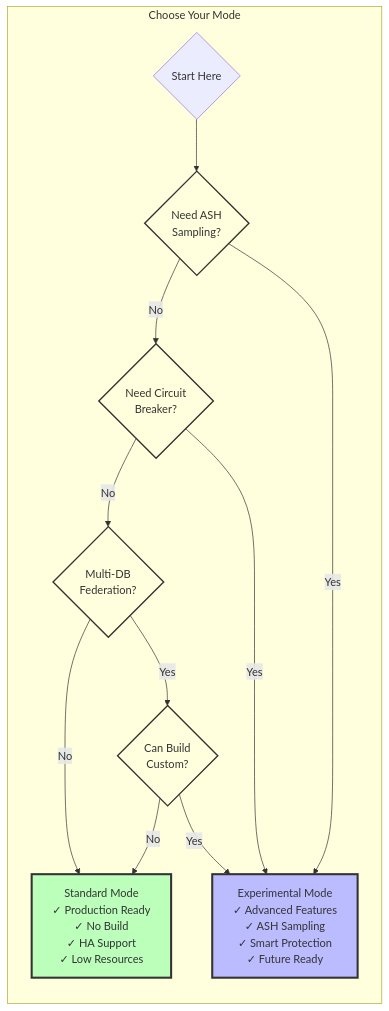
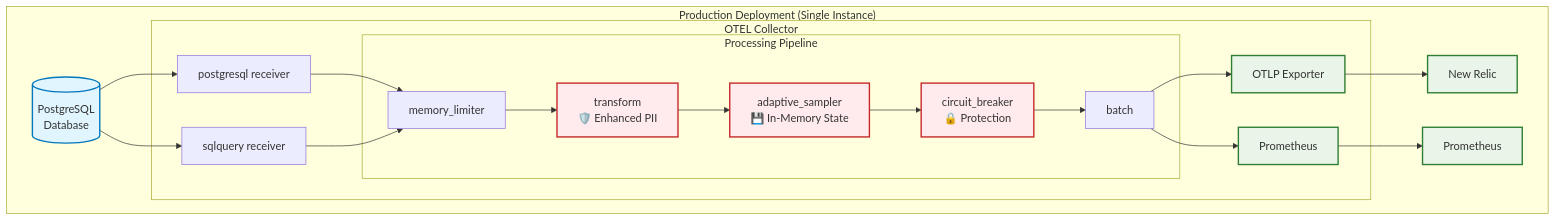
The diagram in database-intelligence-mvp/docs/ARCHITECTURE.md (deepaucksharma/psql-next), drawn with Mermaid before and after one commit. The commit also changed other lines of this file and 31 other files, not shown here.

````diff
--- a/database-intelligence-mvp/docs/ARCHITECTURE.md
+++ b/database-intelligence-mvp/docs/ARCHITECTURE.md
@@ -9,33 +17,47 @@
 ```mermaid
-
-graph LR
-    subgraph "Choose Your Mode"
-        Start{Start Here}
-        Q1{Need ASH<br/>Sampling?}
-        Q2{Need Circuit<br/>Breaker?}
-        Q3{Multi-DB<br/>Federation?}
-        Q4{Can Build<br/>Custom?}
+graph TB
+    subgraph "Production Deployment (Single Instance)"
+        DB[(PostgreSQL<br/>Database)]
         
-        Standard[Standard Mode<br/>✓ Production Ready<br/>✓ No Build<br/>✓ HA Support<br/>✓ Low Resources]
-        Experimental[Experimental Mode<br/>✓ Advanced Features<br/>✓ ASH Sampling<br/>✓ Smart Protection<br/>✓ Future Ready]
+        subgraph "OTEL Collector"
+            R1[postgresql receiver]
+            R2[sqlquery receiver]
+            
+            subgraph "Processing Pipeline"
+                P1[memory_limiter]
+                P2[transform<br/>🛡️ Enhanced PII]
+                P3[adaptive_sampler<br/>💾 In-Memory State]
+                P4[circuit_breaker<br/>🔒 Protection]
+                P5[batch]
+            end
+            
+            E1[OTLP Exporter]
+            E2[Prometheus]
+        end
         
-        Start --> Q1
-        Q1 -->|No| Q2
-        Q1 -->|Yes| Experimental
-        Q2 -->|No| Q3
-        Q2 -->|Yes| Experimental
-        Q3 -->|No| Standard
-        Q3 -->|Yes| Q4
-        Q4 -->|No| Standard
-        Q4 -->|Yes| Experimental
+        NR[New Relic]
+        PROM[Prometheus]
+        
+        DB --> R1
+        DB --> R2
+        R1 --> P1
+        R2 --> P1
+        P1 --> P2
+        P2 --> P3
+        P3 --> P4
+        P4 --> P5
+        P5 --> E1
+        P5 --> E2
+        E1 --> NR
+        E2 --> PROM
     end
     
-    classDef decision fill:#ffd,stroke:#333,stroke-width:2px
-    classDef standard fill:#bfb,stroke:#333,stroke-width:3px
-    classDef experimental fill:#bbf,stroke:#333,stroke-width:3px
+    classDef db fill:#e1f5fe,stroke:#0277bd,stroke-width:2px
+    classDef processor fill:#f3e5f5,stroke:#7b1fa2,stroke-width:2px
+    classDef security fill:#ffebee,stroke:#c62828,stroke-width:2px
+    classDef export fill:#e8f5e8,stroke:#2e7d32,stroke-width:2px
     
-    class Q1,Q2,Q3,Q4 decision
-    class Standard standard
-    class Experimental experimental
-
+    class DB db
+    class P2,P3,P4 security
+    class E1,E2,NR,PROM export
 ```
````
